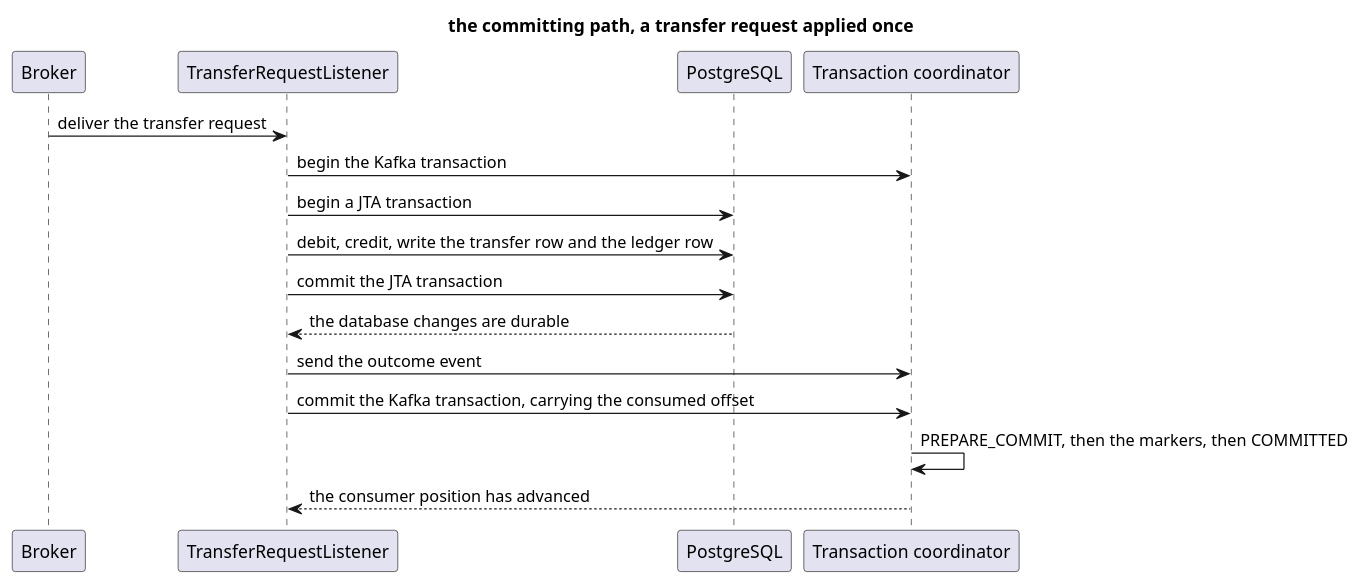
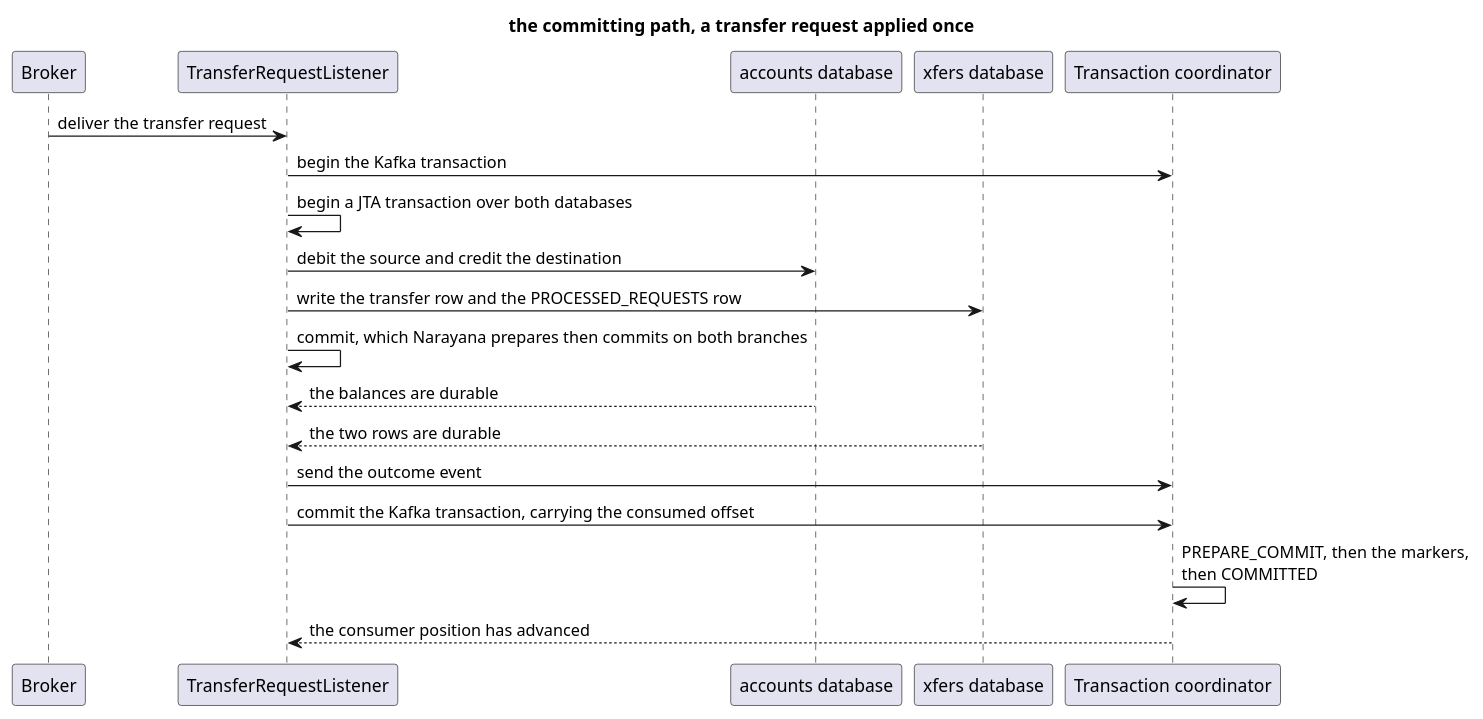
The diagram in diagrams/02-committing-path.puml (nicolasduminil/quarkus-distributed-tx), drawn with PlantUML before and after one commit. The commit also changed 5 other files, not shown here.

First line of the commit message:
Show the two databases in the Kafka sequence diagrams

```diff
--- a/diagrams/02-committing-path.puml
+++ b/diagrams/02-committing-path.puml
@@ -1,18 +1,21 @@
 @startuml
 title the committing path, a transfer request applied once
 participant "Broker" as B
 participant "TransferRequestListener" as L
-participant "PostgreSQL" as D
+participant "accounts database" as A
+participant "xfers database" as X
 participant "Transaction coordinator" as C
 
 B -> L : deliver the transfer request
 L -> C : begin the Kafka transaction
-L -> D : begin a JTA transaction
-L -> D : debit, credit, write the transfer row and the ledger row
-L -> D : commit the JTA transaction
-D --> L : the database changes are durable
+L -> L : begin a JTA transaction over both databases
+L -> A : debit the source and credit the destination
+L -> X : write the transfer row and the PROCESSED_REQUESTS row
+L -> L : commit, which Narayana prepares then commits on both branches
+A --> L : the balances are durable
+X --> L : the two rows are durable
 L -> C : send the outcome event
 L -> C : commit the Kafka transaction, carrying the consumed offset
-C -> C : PREPARE_COMMIT, then the markers, then COMMITTED
+C -> C : PREPARE_COMMIT, then the markers,\nthen COMMITTED
 C --> L : the consumer position has advanced
 @enduml
```
